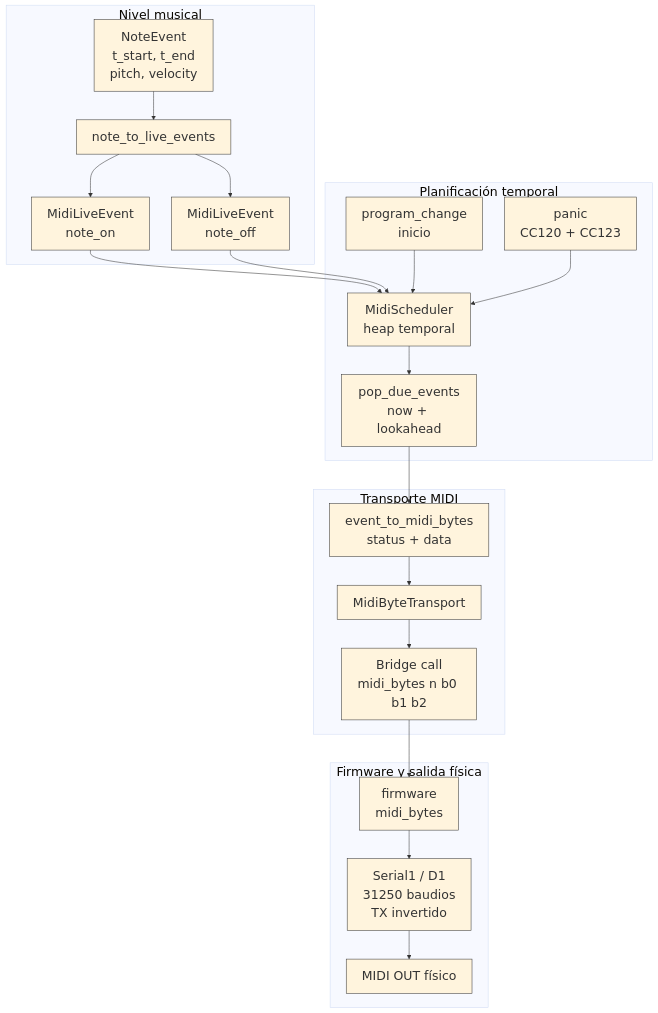
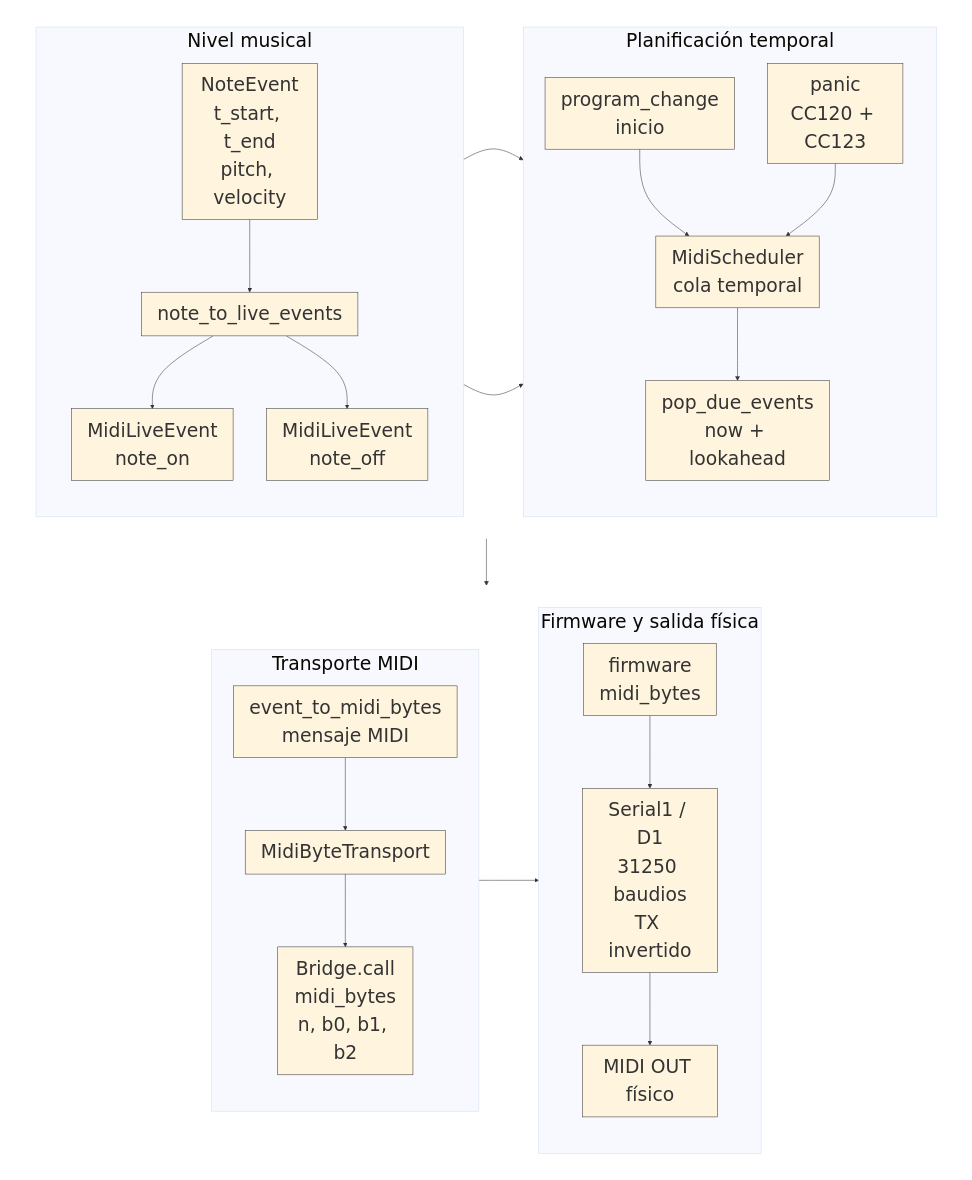
One commit to valtorresm97/REDACCION-TFG changed the diagram in TFG_EEG_MIDI/images/uml/impl_midi_eventos_bytes.mmd. Above: the diagram before and after it, drawn with Mermaid. The commit also changed 2 other files, not shown here.

```diff
--- a/TFG_EEG_MIDI/images/uml/impl_midi_eventos_bytes.mmd
+++ b/TFG_EEG_MIDI/images/uml/impl_midi_eventos_bytes.mmd
@@ -1,42 +1,62 @@
-%%{init: {"theme": "base", "themeVariables": {"fontSize": "24px", "fontFamily": "Arial", "primaryBorderColor": "#333333", "lineColor": "#333333"}, "flowchart": {"htmlLabels": true, "nodeSpacing": 42, "rankSpacing": 55, "curve": "basis"}}}%%
+%%{init: {"theme": "base", "themeVariables": {"fontSize": "36px", "fontFamily": "Arial", "primaryBorderColor": "#333333", "lineColor": "#333333"}, "flowchart": {"htmlLabels": true, "nodeSpacing": 64, "rankSpacing": 90, "curve": "basis"}}}%%
 flowchart TB
-  subgraph musical["Nivel musical"]
-    notes["NoteEvent<br/>t_start, t_end<br/>pitch, velocity"]
-    live["note_to_live_events"]
-    noteOn["MidiLiveEvent<br/>note_on"]
-    noteOff["MidiLiveEvent<br/>note_off"]
+
+  subgraph fila1[" "]
+    direction LR
+
+    subgraph musical["Nivel musical"]
+      direction TB
+      notes["NoteEvent<br/>t_start, t_end<br/>pitch, velocity"]
+      live["note_to_live_events"]
+      noteOn["MidiLiveEvent<br/>note_on"]
+      noteOff["MidiLiveEvent<br/>note_off"]
+
+      notes --> live
+      live --> noteOn
+      live --> noteOff
+    end
+
+    subgraph scheduler["Planificación temporal"]
+      direction TB
+      program["program_change<br/>inicio"]
+      panic["panic<br/>CC120 + CC123"]
+      schedulerHeap["MidiScheduler<br/>cola temporal"]
+      dueEvents["pop_due_events<br/>now + lookahead"]
+
+      program --> schedulerHeap
+      panic --> schedulerHeap
+      schedulerHeap --> dueEvents
+    end
   end
 
-  subgraph scheduler["Planificación temporal"]
-    program["program_change<br/>inicio"]
-    panic["panic<br/>CC120 + CC123"]
-    schedulerHeap["MidiScheduler<br/>heap temporal"]
-    dueEvents["pop_due_events<br/>now + lookahead"]
+  subgraph fila2[" "]
+    direction LR
+
+    subgraph transportLayer["Transporte MIDI"]
+      direction TB
+      midiBytes["event_to_midi_bytes<br/>mensaje MIDI"]
+      transport["MidiByteTransport"]
+      bridgeCall["Bridge.call<br/>midi_bytes<br/>n, b0, b1, b2"]
+
+      midiBytes --> transport
+      transport --> bridgeCall
+    end
+
+    subgraph firmware["Firmware y salida física"]
+      direction TB
+      firmwareHandler["firmware<br/>midi_bytes"]
+      uartOut["Serial1 / D1<br/>31250 baudios<br/>TX invertido"]
+      physicalOut["MIDI OUT físico"]
+
+      firmwareHandler --> uartOut
+      uartOut --> physicalOut
+    end
   end
 
-  subgraph transportLayer["Transporte MIDI"]
-    midiBytes["event_to_midi_bytes<br/>status + data"]
-    transport["MidiByteTransport"]
-    bridgeCall["Bridge call<br/>midi_bytes n b0 b1 b2"]
-  end
-
-  subgraph firmware["Firmware y salida física"]
-    firmwareHandler["firmware<br/>midi_bytes"]
-    uartOut["Serial1 / D1<br/>31250 baudios<br/>TX invertido"]
-    physicalOut["MIDI OUT físico"]
-  end
-
-  notes --> live
-  live --> noteOn
-  live --> noteOff
   noteOn --> schedulerHeap
   noteOff --> schedulerHeap
-  program --> schedulerHeap
-  panic --> schedulerHeap
-  schedulerHeap --> dueEvents
   dueEvents --> midiBytes
-  midiBytes --> transport
-  transport --> bridgeCall
   bridgeCall --> firmwareHandler
-  firmwareHandler --> uartOut
-  uartOut --> physicalOut
+
+  style fila1 fill:transparent,stroke:transparent
+  style fila2 fill:transparent,stroke:transparent
```
